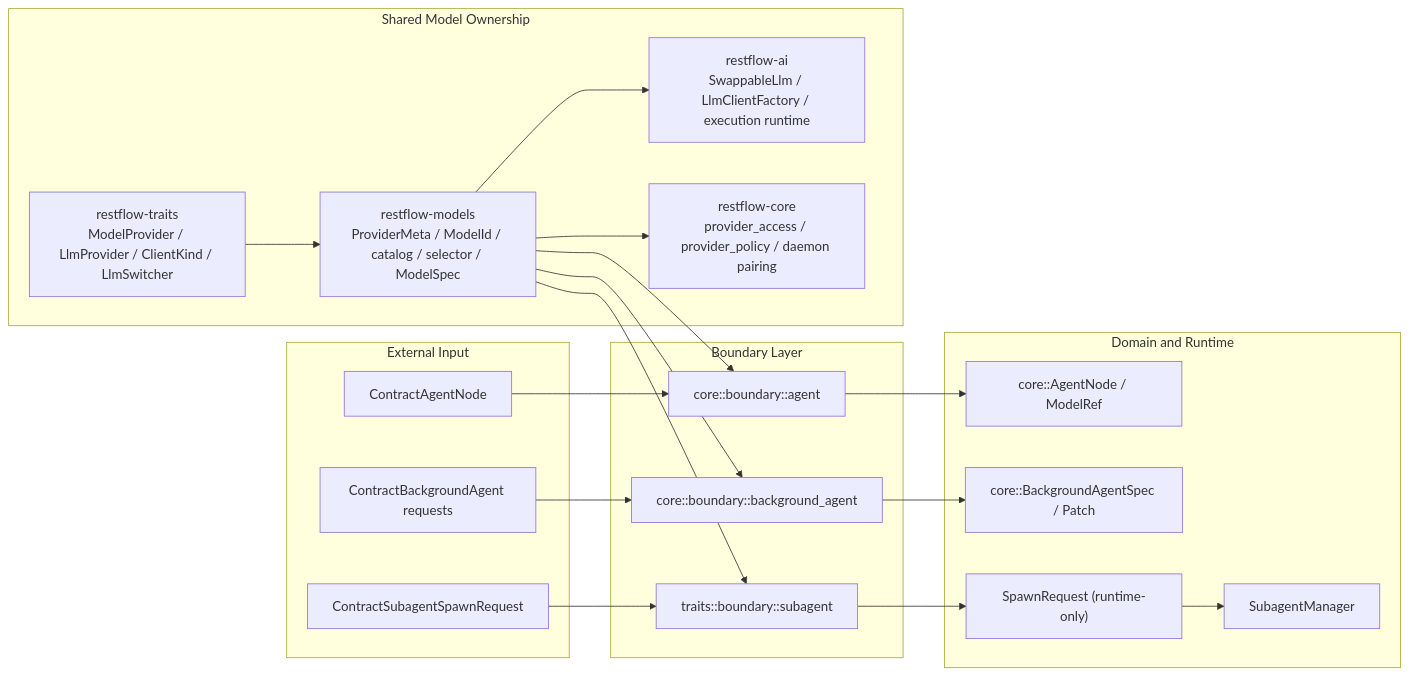
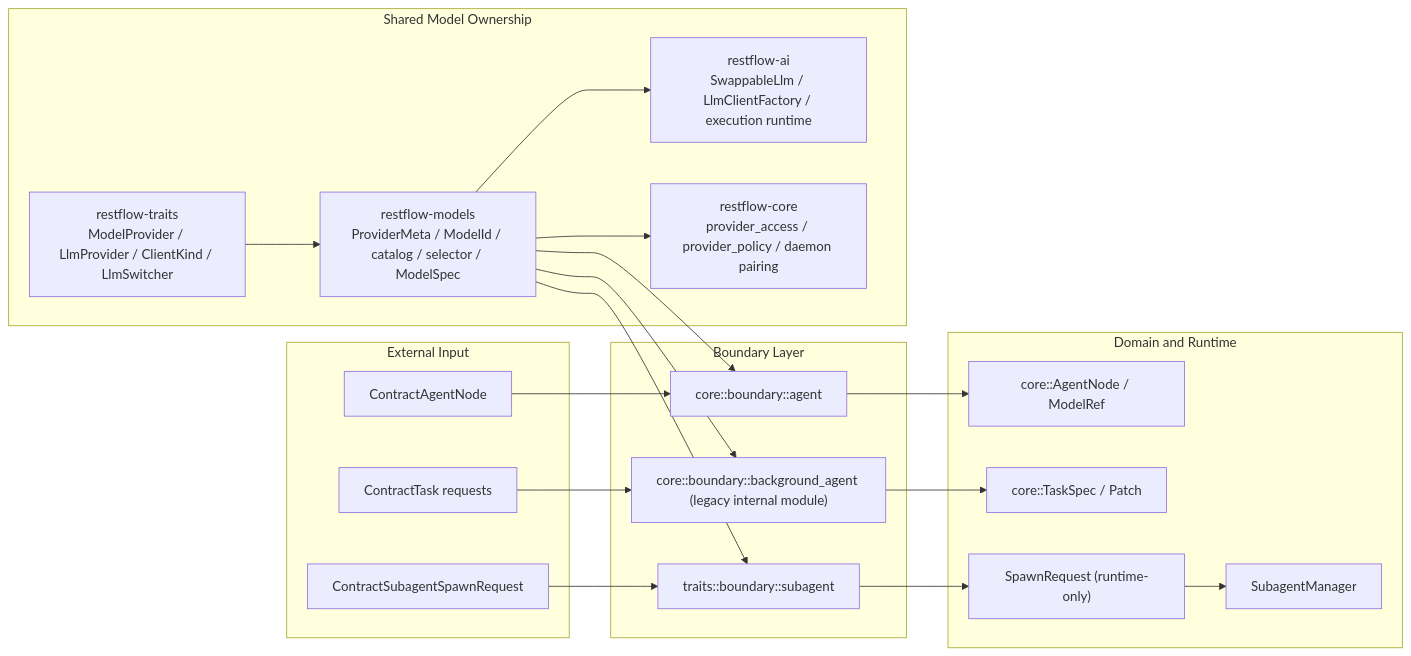
The fourth of 4 diagrams in SYSTEM_ARCHITECTURE.md (lhwzds/restflow), drawn with Mermaid before and after one commit. The commit also changed other lines of this file and 30 other files, not shown here.

Commit message:
refactor(task): remove background-agent wire aliases

````diff
--- a/SYSTEM_ARCHITECTURE.md
+++ b/SYSTEM_ARCHITECTURE.md
@@ -159,39 +159,39 @@
 ```mermaid
 flowchart LR
     subgraph INPUT["External Input"]
         A["ContractAgentNode"]
-        B["ContractBackgroundAgent requests"]
+        B["ContractTask requests"]
         C["ContractSubagentSpawnRequest"]
     end
 
     subgraph BOUNDARY["Boundary Layer"]
         BA["core::boundary::agent"]
-        BB["core::boundary::background_agent"]
+        BB["core::boundary::background_agent (legacy internal module)"]
         BS["traits::boundary::subagent"]
     end
 
     subgraph DOMAIN["Domain and Runtime"]
         DA["core::AgentNode / ModelRef"]
-        DB["core::BackgroundAgentSpec / Patch"]
+        DB["core::TaskSpec / Patch"]
         SR["SpawnRequest (runtime-only)"]
         SM["SubagentManager"]
     end
 
     subgraph MODELS["Shared Model Ownership"]
         T["restflow-traits\nModelProvider / LlmProvider / ClientKind / LlmSwitcher"]
         M["restflow-models\nProviderMeta / ModelId / catalog / selector / ModelSpec"]
         AI["restflow-ai\nSwappableLlm / LlmClientFactory / execution runtime"]
         C0["restflow-core\nprovider_access / provider_policy / daemon pairing"]
     end
 
     A --> BA --> DA
     B --> BB --> DB
     C --> BS --> SR --> SM
 
     T --> M
     M --> BA
     M --> BB
     M --> BS
     M --> AI
     M --> C0
 ```
````
